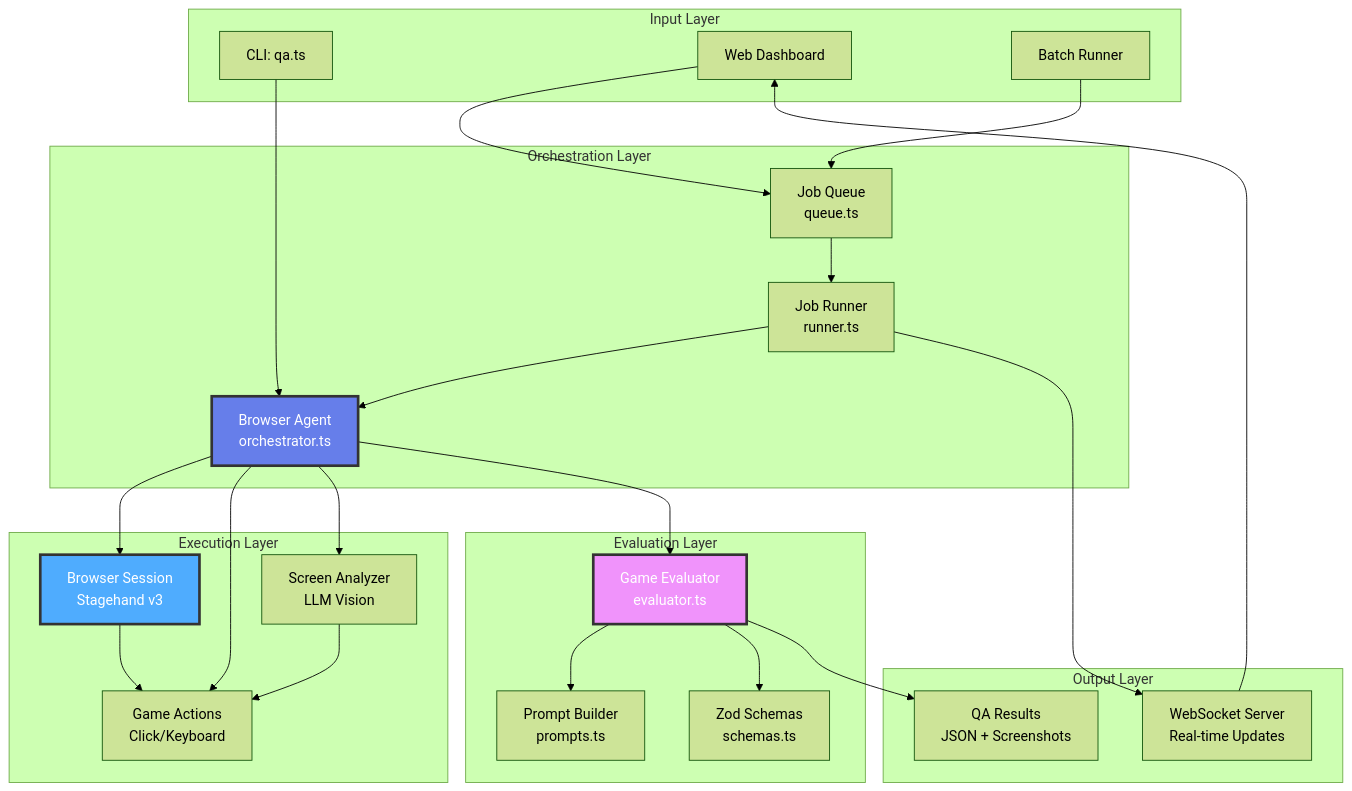
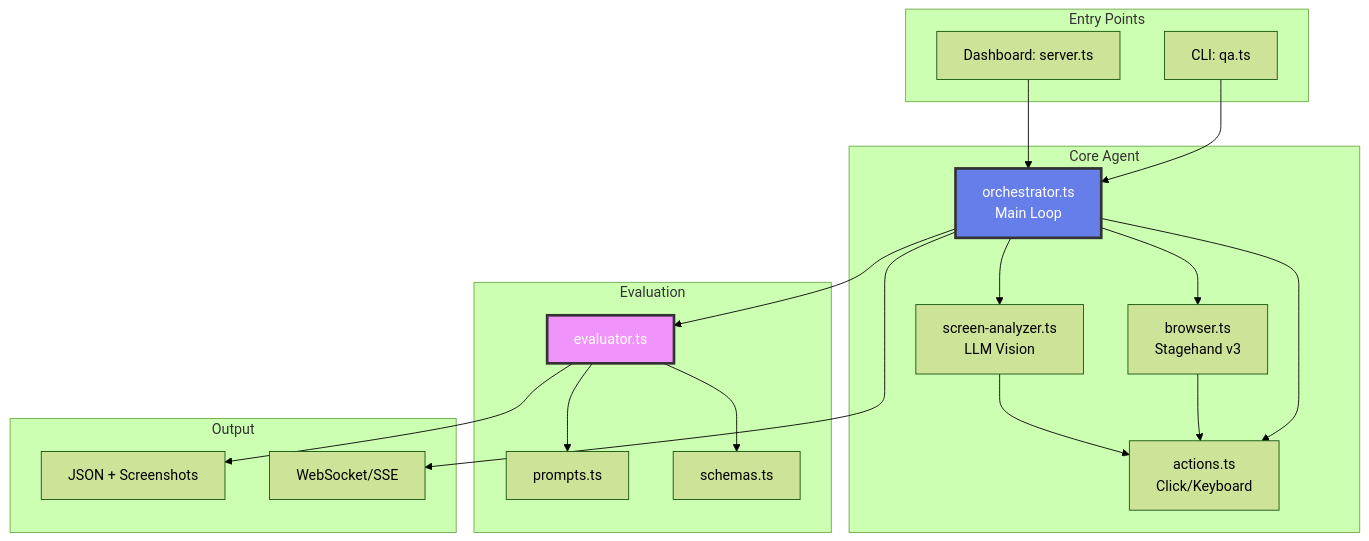
Before and after one commit to kennyu/game-autoplay: the first of 2 diagrams in README.md, drawn with Mermaid (forest theme). The commit also changed other lines of this file, not shown here.

Commit message:
doc: Removed too many diagrams

````diff
--- a/README.md
+++ b/README.md
@@ -21,56 +16,45 @@
 ```mermaid
 graph TB
-    subgraph "Input Layer"
+    subgraph "Entry Points"
         CLI[CLI: qa.ts]
-        Dashboard[Web Dashboard]
-        Batch[Batch Runner]
+        Dashboard[Dashboard: server.ts]
     end
     
-    subgraph "Orchestration Layer"
-        Orchestrator[Browser Agent<br/>orchestrator.ts]
-        Queue[Job Queue<br/>queue.ts]
-        Runner[Job Runner<br/>runner.ts]
+    subgraph "Core Agent"
+        Orchestrator[orchestrator.ts<br/>Main Loop]
+        Browser[browser.ts<br/>Stagehand v3]
+        Actions[actions.ts<br/>Click/Keyboard]
+        Analyzer[screen-analyzer.ts<br/>LLM Vision]
     end
     
-    subgraph "Execution Layer"
-        Browser[Browser Session<br/>Stagehand v3]
-        Actions[Game Actions<br/>Click/Keyboard]
-        Analyzer[Screen Analyzer<br/>LLM Vision]
+    subgraph "Evaluation"
+        Evaluator[evaluator.ts]
+        Prompts[prompts.ts]
+        Schemas[schemas.ts]
     end
     
-    subgraph "Evaluation Layer"
-        Evaluator[Game Evaluator<br/>evaluator.ts]
-        Prompts[Prompt Builder<br/>prompts.ts]
-        Schemas[Zod Schemas<br/>schemas.ts]
-    end
-    
-    subgraph "Output Layer"
-        Results[QA Results<br/>JSON + Screenshots]
-        Server[WebSocket Server<br/>Real-time Updates]
+    subgraph "Output"
+        Results[JSON + Screenshots]
+        Server[WebSocket/SSE]
     end
     
     CLI --> Orchestrator
-    Dashboard --> Queue
-    Batch --> Queue
-    Queue --> Runner
-    Runner --> Orchestrator
+    Dashboard --> Orchestrator
     
     Orchestrator --> Browser
+    Orchestrator --> Analyzer
     Orchestrator --> Actions
-    Orchestrator --> Analyzer
+    Orchestrator --> Evaluator
     
     Browser --> Actions
     Analyzer --> Actions
     
-    Orchestrator --> Evaluator
     Evaluator --> Prompts
     Evaluator --> Schemas
     
     Evaluator --> Results
-    Runner --> Server
-    Server --> Dashboard
+    Orchestrator --> Server
     
     style Orchestrator fill:#667eea,stroke:#333,stroke-width:3px,color:#fff
     style Evaluator fill:#f093fb,stroke:#333,stroke-width:3px,color:#fff
-    style Browser fill:#4facfe,stroke:#333,stroke-width:3px,color:#fff
 ```
````
